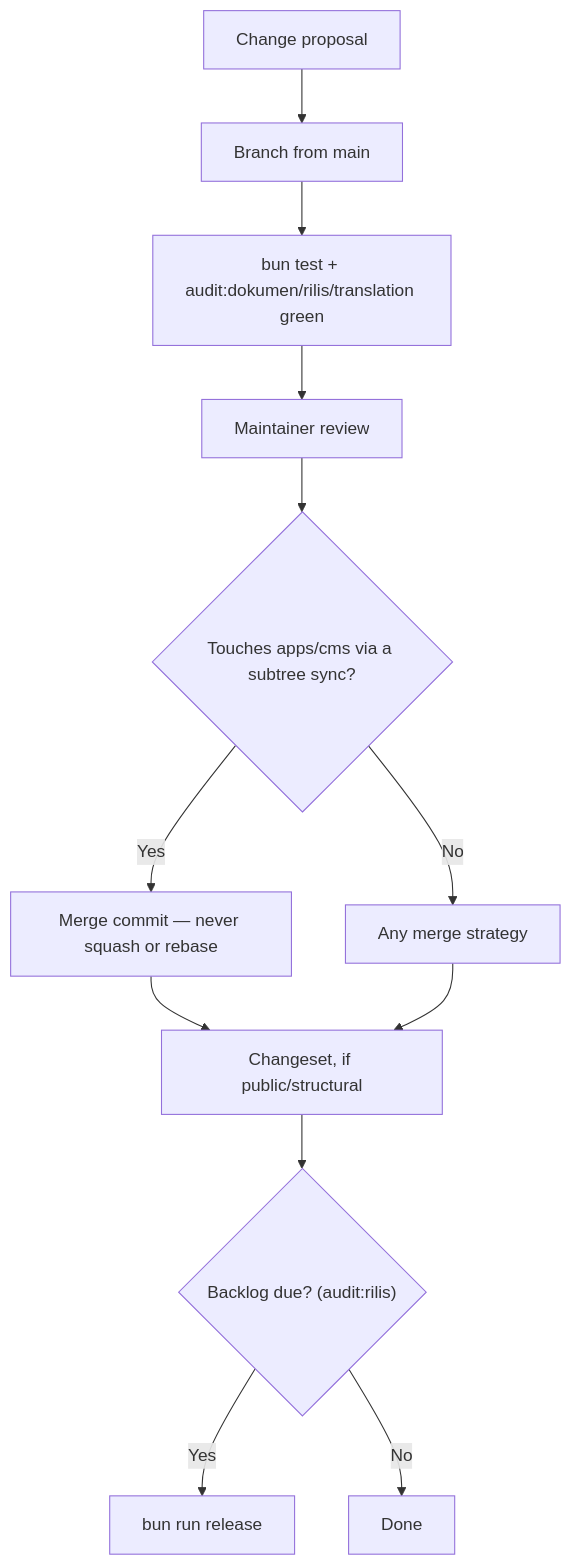
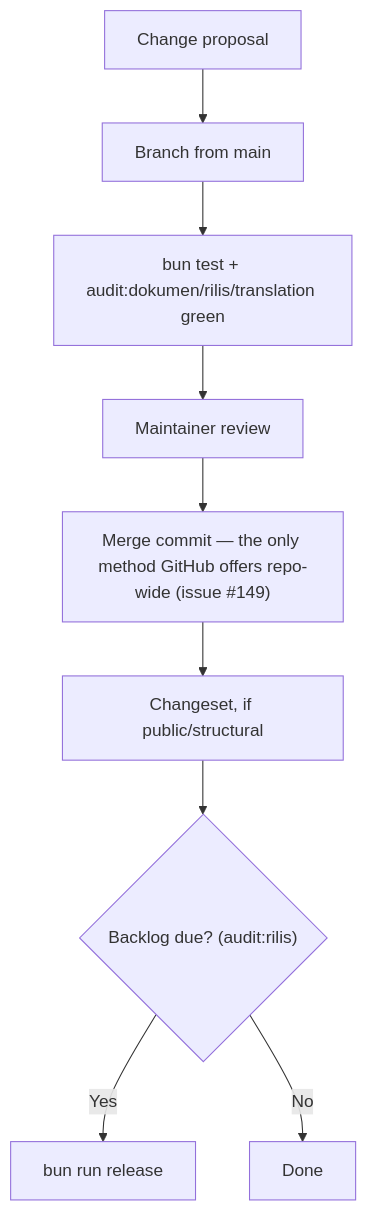
Before and after one commit to ahliweb/awcms-one: the diagram in GOVERNANCE.md, drawn with Mermaid. The commit also changed other lines of this file and 13 other files, not shown here.

First line of the commit message:
chore(repo): merge commit is now the only merge method — protects apps/cms subtree syncs (#149)

````diff
--- a/GOVERNANCE.md
+++ b/GOVERNANCE.md
@@ -36,14 +36,11 @@
 ```mermaid
 flowchart TD
   Proposal["Change proposal"] --> Branch["Branch from main"]
   Branch --> Gates["bun test + audit:dokumen/rilis/translation green"]
   Gates --> Review["Maintainer review"]
-  Review --> Merge{"Touches apps/cms via a subtree sync?"}
-  Merge -->|Yes| MergeCommit["Merge commit — never squash or rebase"]
-  Merge -->|No| AnyMerge["Any merge strategy"]
+  Review --> MergeCommit["Merge commit — the only method GitHub offers repo-wide (issue #149)"]
   MergeCommit --> Changeset["Changeset, if public/structural"]
-  AnyMerge --> Changeset
   Changeset --> Due{"Backlog due? (audit:rilis)"}
   Due -->|Yes| Release["bun run release"]
   Due -->|No| Done["Done"]
 ```
````
